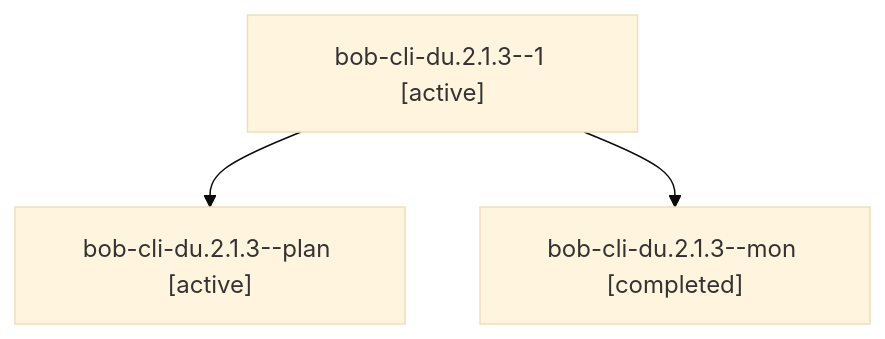
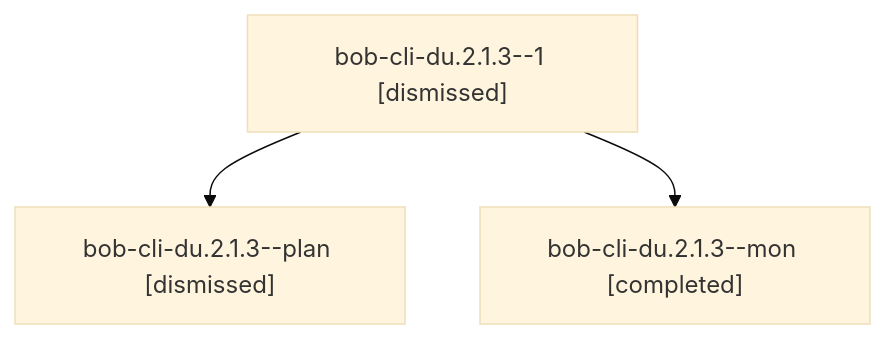
Before and after one commit to bobs-org/bob-cli--agents: the diagram in sessions/bbugyi200.apollo.bob-cli-du.2.1.3.md, drawn with Mermaid (base theme). The commit also changed other lines of this file and 212 other files, not shown here.

````diff
--- a/sessions/bbugyi200.apollo.bob-cli-du.2.1.3.md
+++ b/sessions/bbugyi200.apollo.bob-cli-du.2.1.3.md
@@ -9,8 +9,8 @@
 ```mermaid
 flowchart TD
-  n0["bob-cli-du.2.1.3--1 [active]"]
-  n1["bob-cli-du.2.1.3--plan [active]"]
+  n0["bob-cli-du.2.1.3--1 [dismissed]"]
+  n1["bob-cli-du.2.1.3--plan [dismissed]"]
   n0 --> n1
   n2["bob-cli-du.2.1.3--mon [completed]"]
   n0 --> n2
 ```
````
